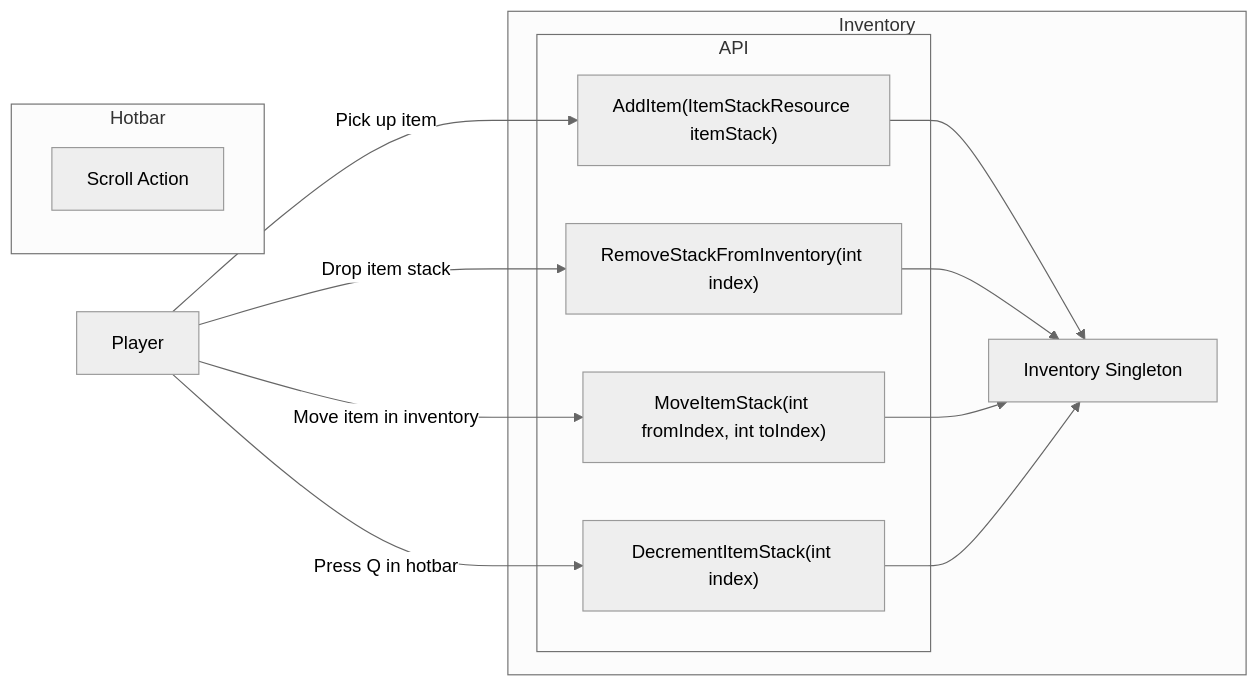
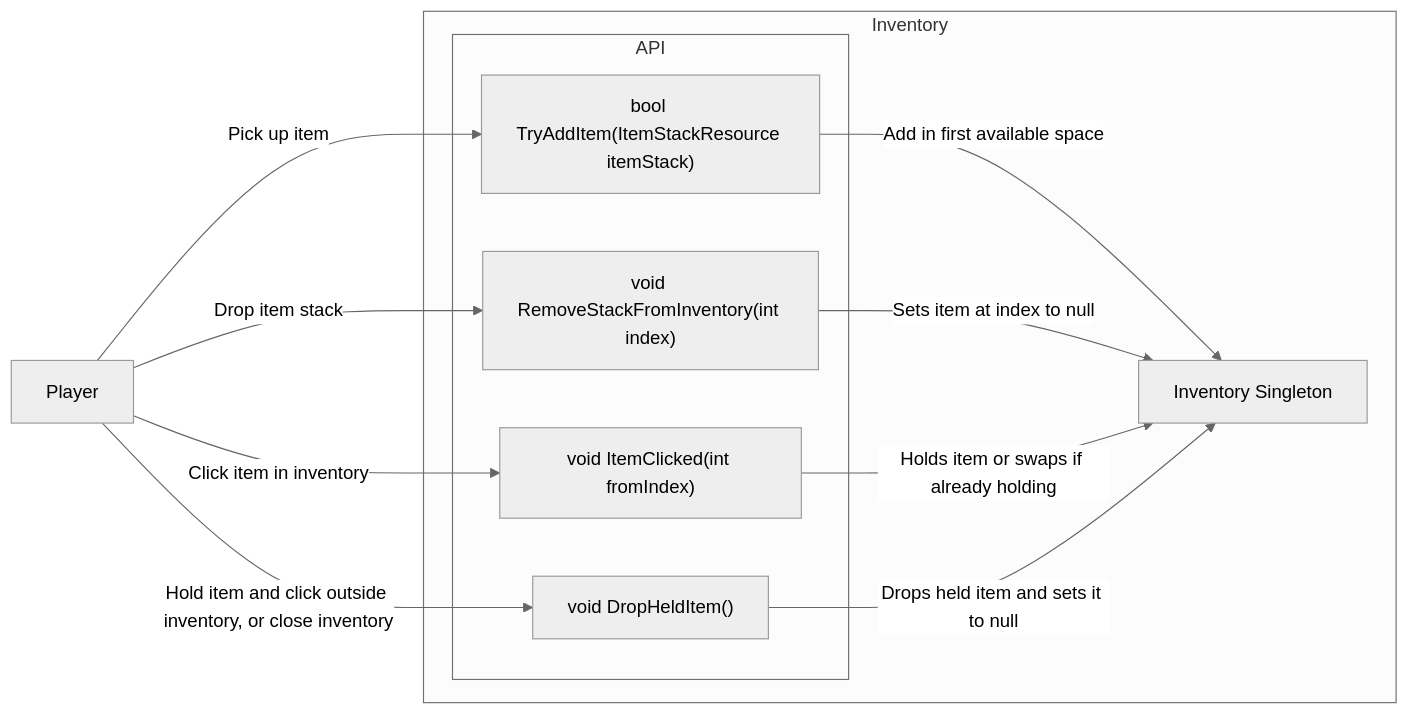
The diagram in docs/inventory_diagram.mmd (Nokocchi/zoo-builder-game), drawn with Mermaid (neutral theme) before and after one commit. The commit also changed other lines of this file and 7 other files, not shown here.

```diff
--- a/docs/inventory_diagram.mmd
+++ b/docs/inventory_diagram.mmd
@@ -1,36 +1,22 @@
 flowchart LR
     subgraph inventory[Inventory]
         inventory_singleton[Inventory Singleton]
         subgraph inventoryapi [API]
-            api_add_item["AddItem(ItemStackResource itemStack)"]
-            api_remove_item_stack["RemoveStackFromInventory(int index)"]
-            api_move_item_stack["MoveItemStack(int fromIndex, int toIndex)"]
-            api_move_decrement_item_stack["DecrementItemStack(int index)"]
+            api_try_add_item["bool TryAddItem(ItemStackResource itemStack)"]
+            api_remove_item_stack["void RemoveStackFromInventory(int index)"]
+            api_item_stack_clicked["void ItemClicked(int fromIndex)"]
+            api_drop_held_item["void DropHeldItem()"]
         end
-        api_add_item --> inventory_singleton
-        api_remove_item_stack --> inventory_singleton
-        api_move_item_stack --> inventory_singleton
-        api_move_decrement_item_stack --> inventory_singleton
+        api_try_add_item -- "Add in first available space" --> inventory_singleton
+        api_remove_item_stack -- "Sets item at index to null" --> inventory_singleton
+        api_item_stack_clicked -- "Holds item or swaps if already holding" --> inventory_singleton
+        api_drop_held_item -- "Drops held item and sets it to null" --> inventory_singleton
     end
-        Player -- "Pick up item" --> api_add_item
-        Player -- "Drop item stack" --> api_remove_item_stack
-        Player -- "Move item in inventory" --> api_move_item_stack
-        Player -- "Press Q in hotbar" --> api_move_decrement_item_stack
-    subgraph hotbar[Hotbar]
-        on_scroll[Scroll Action]
+    Player -- "Pick up item" --> api_try_add_item
+    Player -- "Drop item stack" --> api_remove_item_stack
+    Player -- "Click item in inventory" --> api_item_stack_clicked
+    Player -- "Hold item and click outside inventory, or close inventory" --> api_drop_held_item
 
-    end
-
-    %% DOCUMENTATION:
-    %% When items are picked up with the mouse from the inventory, they are no longer considered to be in the inventory. The space becomes free.
-    %% But if we place the item on a slot with an item already in it, we should try to swap the two items if the held item's slot has not already been occupied by another item.
-    %% If it has, pick up the item from the slot you dropped the item into.
-
-    %% It would be weird to call into InventorySingleton and then rely on signal back to update the current item stack
-    %% Hold item stack and Q -> decrease. 
-    %% Select hotbar stack and Q --> decrease
-    %% Held items should not require any interaction with InventorySingleton as they are not in the inventory
-
-    %% Item held in hand
-    %% Picked up item with mouse
-    %% Should items be "marked as held" when clicked on and held in the mouse? Why not just consider them removed from inventory?
+    %% When dropping items with Q, it would be weird to call into InventorySingleton and then rely on signal back to update the current item stack
+    %% Should inventory views only hold an index and fetch the item resource from the InventorySingleton?
+    %% Or should an inventory view square hold a reference to the object stored in the InventorySingleton?
```
